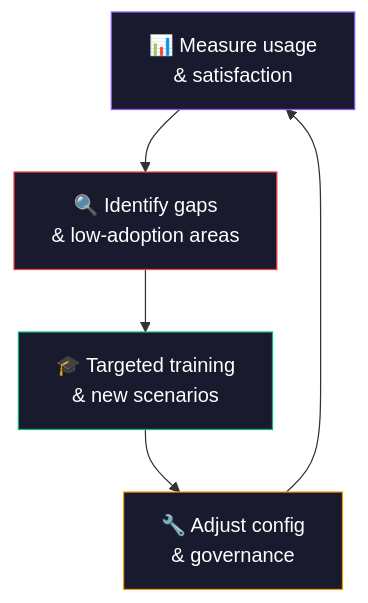
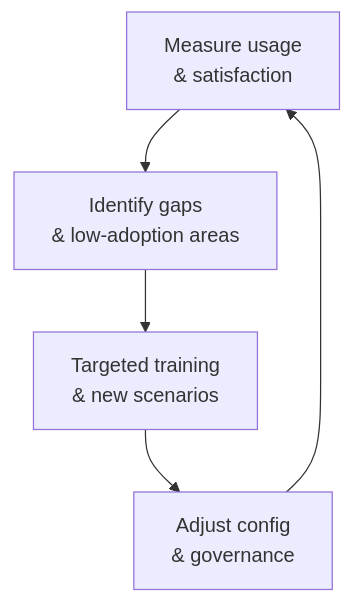
The second of 2 diagrams in content/blog/microsoft-365-copilot-deployment-best-practices-ultimate-checklist.md (susanthgit/aguidetocloud-revamp), drawn with Mermaid before and after one commit. The commit also changed other lines of this file and 553 other files, not shown here.

First line of the commit message:
🌸 Z17: Zen Mermaid diagrams — Stripe Docs style

````diff
--- a/content/blog/microsoft-365-copilot-deployment-best-practices-ultimate-checklist.md
+++ b/content/blog/microsoft-365-copilot-deployment-best-practices-ultimate-checklist.md
@@ -458,12 +453,8 @@
 ```mermaid
 flowchart TD
-    A["📊 Measure usage<br/>& satisfaction"] --> B["🔍 Identify gaps<br/>& low-adoption areas"]
-    B --> C["🎓 Targeted training<br/>& new scenarios"]
-    C --> D["🔧 Adjust config<br/>& governance"]
+    A["Measure usage<br/>& satisfaction"] --> B["Identify gaps<br/>& low-adoption areas"]
+    B --> C["Targeted training<br/>& new scenarios"]
+    C --> D["Adjust config<br/>& governance"]
     D --> A
     
-    style A fill:#1a1a2e,stroke:#8B5CF6,color:#fff
-    style B fill:#1a1a2e,stroke:#EF4444,color:#fff
-    style C fill:#1a1a2e,stroke:#10B981,color:#fff
-    style D fill:#1a1a2e,stroke:#F59E0B,color:#fff
 ```
````
